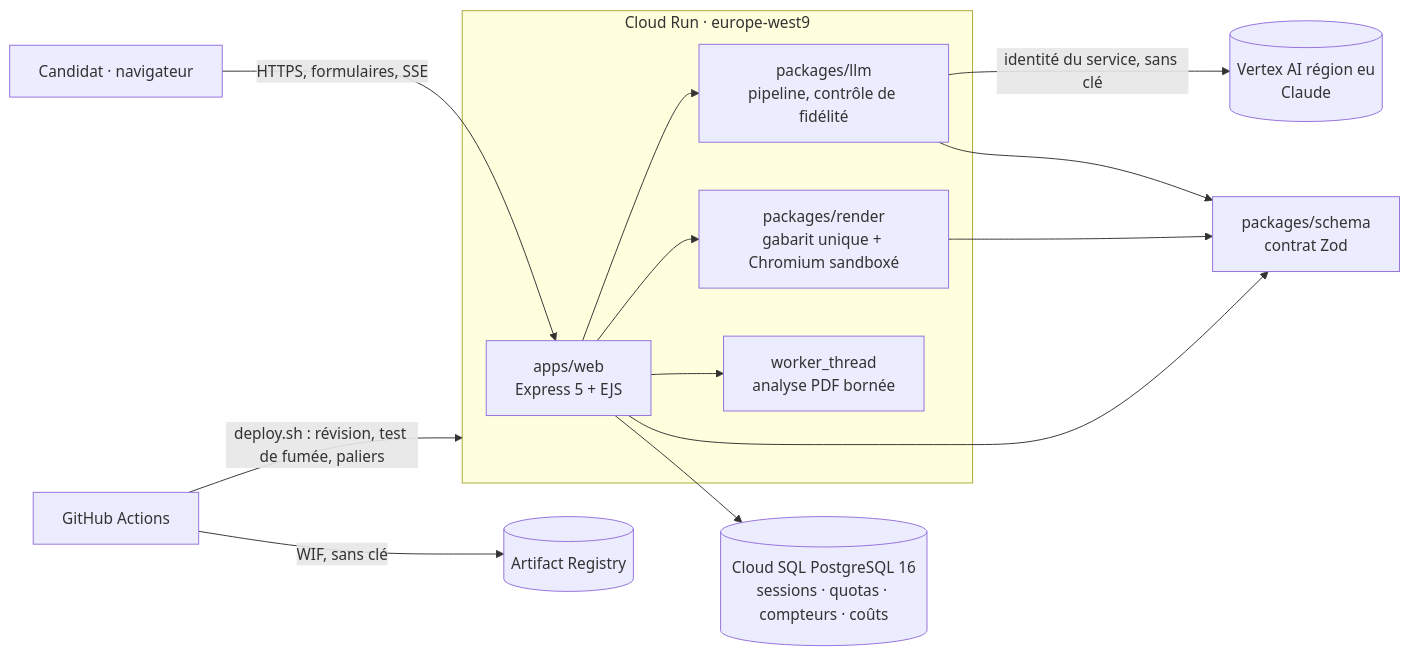
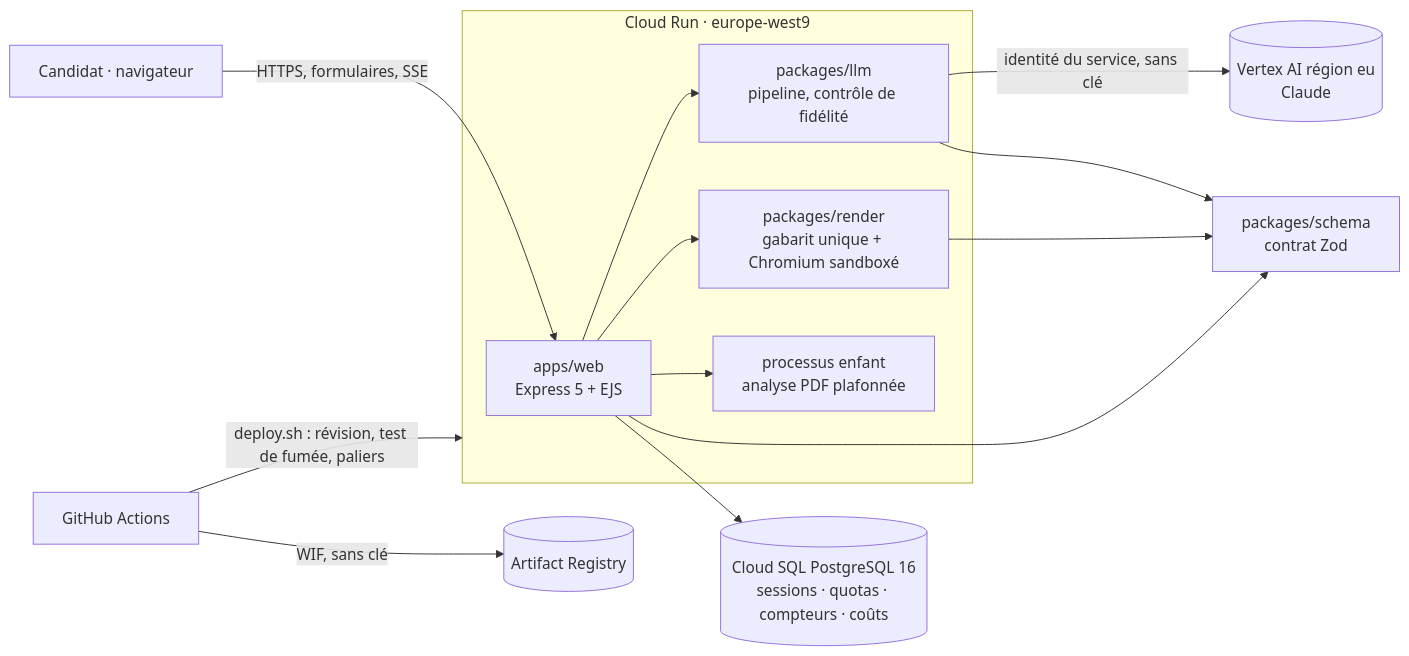
Before and after one commit to SafoueneN/Attesta: the first of 3 diagrams in docs/architecture.md, drawn with Mermaid. The commit also changed other lines of this file and 28 other files, not shown here.

````diff
--- a/docs/architecture.md
+++ b/docs/architecture.md
@@ -7,15 +7,15 @@
 ```mermaid
 flowchart LR
   U[Candidat · navigateur] -->|HTTPS, formulaires, SSE| W
   subgraph CR[Cloud Run · europe-west9]
     W[apps/web<br/>Express 5 + EJS]
     W --> L[packages/llm<br/>pipeline, contrôle de fidélité]
     W --> R[packages/render<br/>gabarit unique + Chromium sandboxé]
-    W --> T[worker_thread<br/>analyse PDF bornée]
+    W --> T[processus enfant<br/>analyse PDF plafonnée]
   end
   W --> DB[(Cloud SQL PostgreSQL 16<br/>sessions · quotas · compteurs · coûts)]
   L -->|identité du service, sans clé| V[(Vertex AI région eu<br/>Claude)]
   L & R & W --> SC[packages/schema<br/>contrat Zod]
   GH[GitHub Actions] -->|WIF, sans clé| AR[(Artifact Registry)]
   GH -->|deploy.sh : révision, test de fumée, paliers| CR
 ```
````
